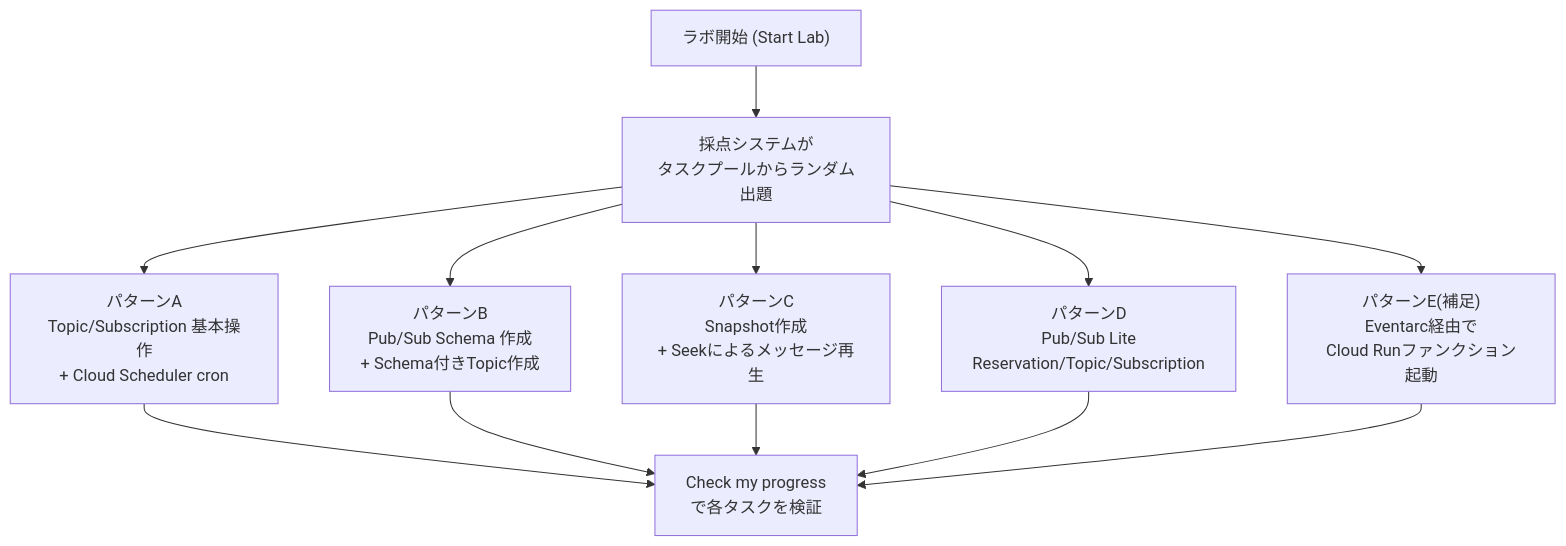
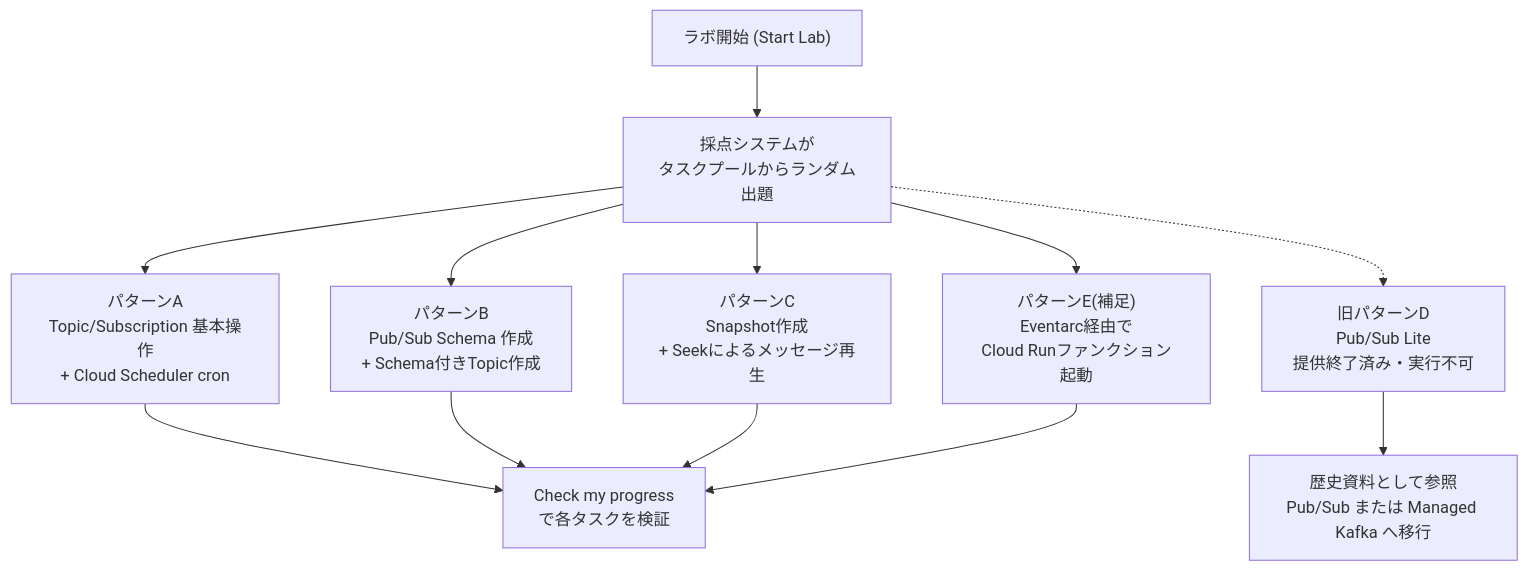
One commit to myoshi2891/Cloud-Infrastructure-Studies changed the first of 7 diagrams in Pubsub-challenge-lab-guide.md. Above: the diagram before and after it, drawn with Mermaid. The commit also changed other lines of this file and 1 other file, not shown here.

Commit message:
docs(pubsub): retire Lite challenge lab procedures

````diff
--- a/Pubsub-challenge-lab-guide.md
+++ b/Pubsub-challenge-lab-guide.md
@@ -21,14 +21,14 @@
 ```mermaid
 flowchart TB
     Start["ラボ開始 (Start Lab)"] --> Pool["採点システムが\nタスクプールからランダム出題"]
     Pool --> A["パターンA\nTopic/Subscription 基本操作\n+ Cloud Scheduler cron"]
     Pool --> B["パターンB\nPub/Sub Schema 作成\n+ Schema付きTopic作成"]
     Pool --> C["パターンC\nSnapshot作成\n+ Seekによるメッセージ再生"]
-    Pool --> D["パターンD\nPub/Sub Lite\nReservation/Topic/Subscription"]
+    Pool -.-> D["旧パターンD\nPub/Sub Lite\n提供終了済み・実行不可"]
     Pool --> E["パターンE(補足)\nEventarc経由で\nCloud Runファンクション起動"]
     A --> Check["Check my progress\nで各タスクを検証"]
     B --> Check
     C --> Check
-    D --> Check
+    D --> Archive["歴史資料として参照\nPub/Sub または Managed Kafka へ移行"]
     E --> Check
 ```
````
